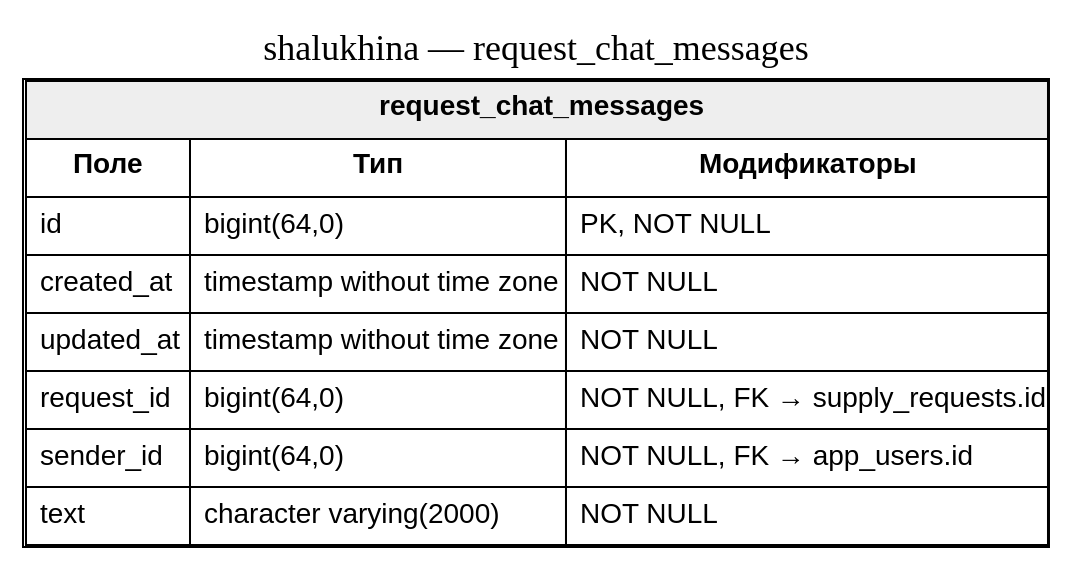
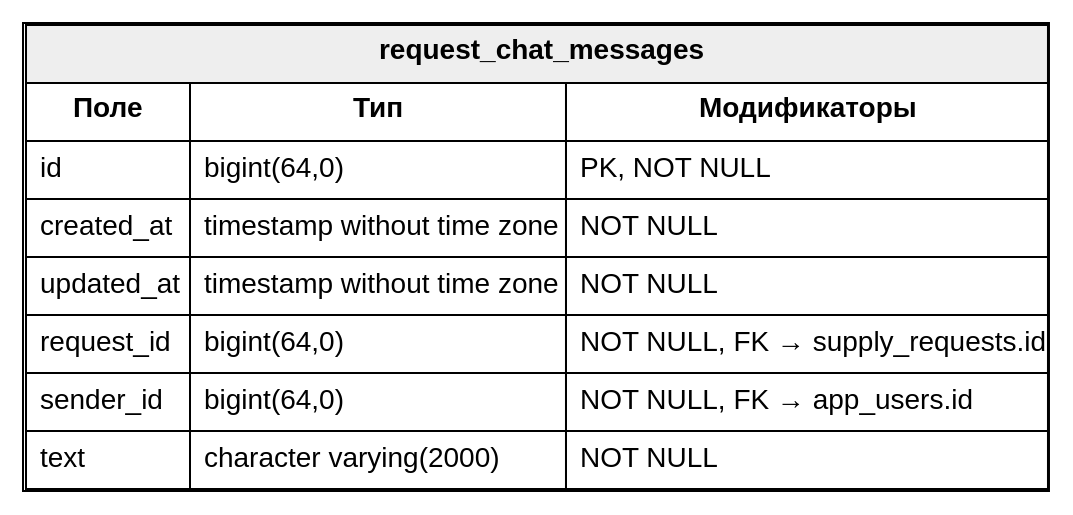
One commit to diplomas-2026/shalukhina changed the diagram in database-screenshots/dot/tables/request_chat_messages.dot. Above: the diagram before and after it, drawn with Graphviz. The commit also changed 29 other files, not shown here.

Commit message:
Add database schema screenshots

```diff
--- a/database-screenshots/dot/tables/request_chat_messages.dot
+++ b/database-screenshots/dot/tables/request_chat_messages.dot
@@ -1,7 +1,5 @@
 digraph single_table {
   graph [rankdir=TB, fontsize=18];
   node [shape=plain, fontname="Arial"];
-  label="shalukhina — request_chat_messages";
-  labelloc=t;
   "request_chat_messages" [label=<<TABLE BORDER="1" CELLBORDER="1" CELLSPACING="0" CELLPADDING="6"><TR><TD BGCOLOR="#eeeeee" COLSPAN="3"><B>request_chat_messages</B></TD></TR><TR><TD><B>Поле</B></TD><TD><B>Тип</B></TD><TD><B>Модификаторы</B></TD></TR><TR><TD ALIGN="LEFT">id</TD><TD ALIGN="LEFT">bigint(64,0)</TD><TD ALIGN="LEFT">PK, NOT NULL</TD></TR><TR><TD ALIGN="LEFT">created_at</TD><TD ALIGN="LEFT">timestamp without time zone</TD><TD ALIGN="LEFT">NOT NULL</TD></TR><TR><TD ALIGN="LEFT">updated_at</TD><TD ALIGN="LEFT">timestamp without time zone</TD><TD ALIGN="LEFT">NOT NULL</TD></TR><TR><TD ALIGN="LEFT">request_id</TD><TD ALIGN="LEFT">bigint(64,0)</TD><TD ALIGN="LEFT">NOT NULL, FK → supply_requests.id</TD></TR><TR><TD ALIGN="LEFT">sender_id</TD><TD ALIGN="LEFT">bigint(64,0)</TD><TD ALIGN="LEFT">NOT NULL, FK → app_users.id</TD></TR><TR><TD ALIGN="LEFT">text</TD><TD ALIGN="LEFT">character varying(2000)</TD><TD ALIGN="LEFT">NOT NULL</TD></TR></TABLE>>];
 }
```
